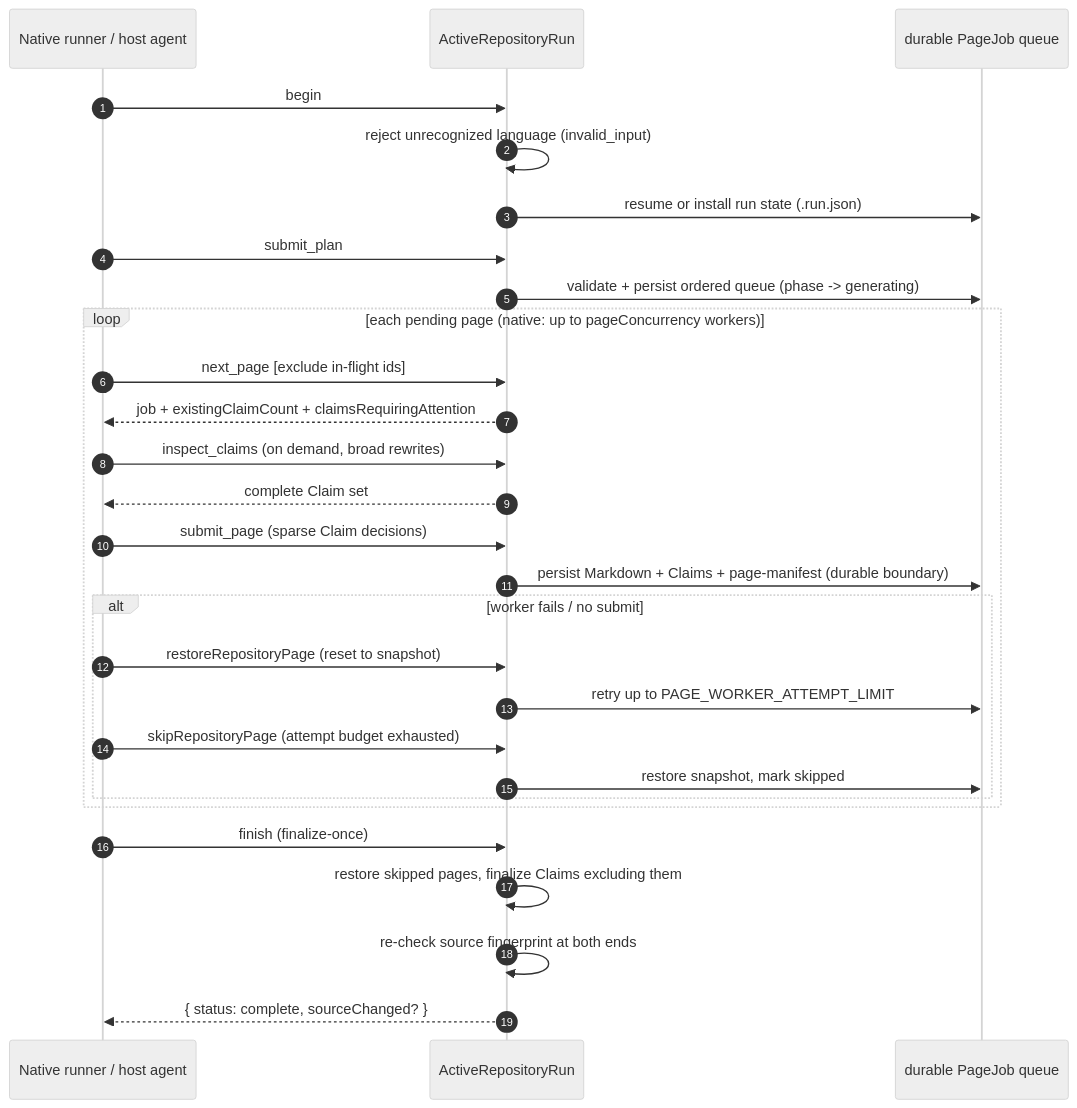
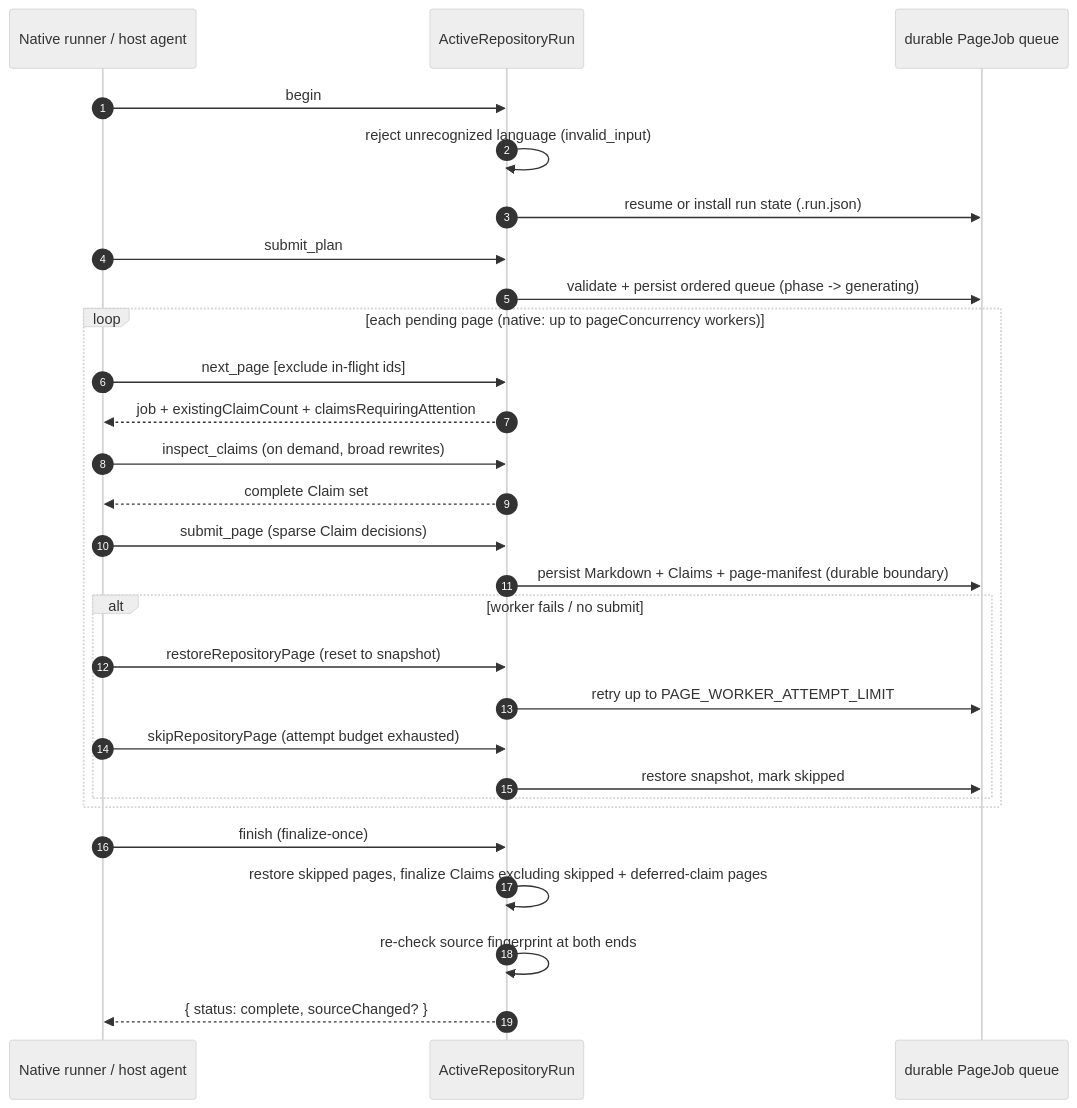
The second of 2 diagrams in openwiki/architecture/overview.md (langchain-ai/openwiki), drawn with Mermaid (neutral theme) before and after one commit. The commit also changed other lines of this file and 22 other files, not shown here.

````diff
--- a/openwiki/architecture/overview.md
+++ b/openwiki/architecture/overview.md
@@ -129,30 +129,30 @@
 ```mermaid
 sequenceDiagram
   autonumber
   participant Driver as Native runner / host agent
   participant Run as ActiveRepositoryRun
   participant Queue as durable PageJob queue
   Driver->>Run: begin
   Run->>Run: reject unrecognized language (invalid_input)
   Run->>Queue: resume or install run state (.run.json)
   Driver->>Run: submit_plan
   Run->>Queue: validate + persist ordered queue (phase -> generating)
   loop each pending page (native: up to pageConcurrency workers)
     Driver->>Run: next_page [exclude in-flight ids]
     Run-->>Driver: job + existingClaimCount + claimsRequiringAttention
     Driver->>Run: inspect_claims (on demand, broad rewrites)
     Run-->>Driver: complete Claim set
     Driver->>Run: submit_page (sparse Claim decisions)
     Run->>Queue: persist Markdown + Claims + page-manifest (durable boundary)
     alt worker fails / no submit
       Driver->>Run: restoreRepositoryPage (reset to snapshot)
       Run->>Queue: retry up to PAGE_WORKER_ATTEMPT_LIMIT
       Driver->>Run: skipRepositoryPage (attempt budget exhausted)
       Run->>Queue: restore snapshot, mark skipped
     end
   end
   Driver->>Run: finish (finalize-once)
-  Run->>Run: restore skipped pages, finalize Claims excluding them
+  Run->>Run: restore skipped pages, finalize Claims excluding skipped + deferred-claim pages
   Run->>Run: re-check source fingerprint at both ends
   Run-->>Driver: { status: complete, sourceChanged? }
 ```
````
